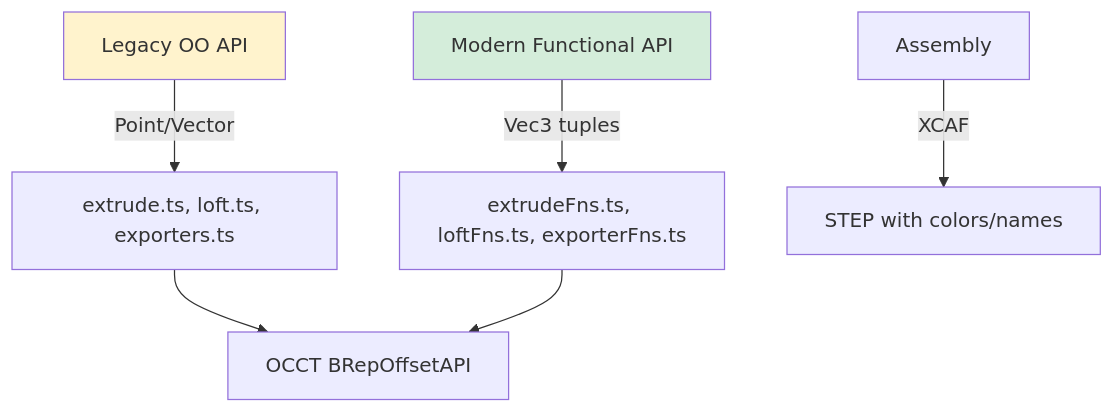
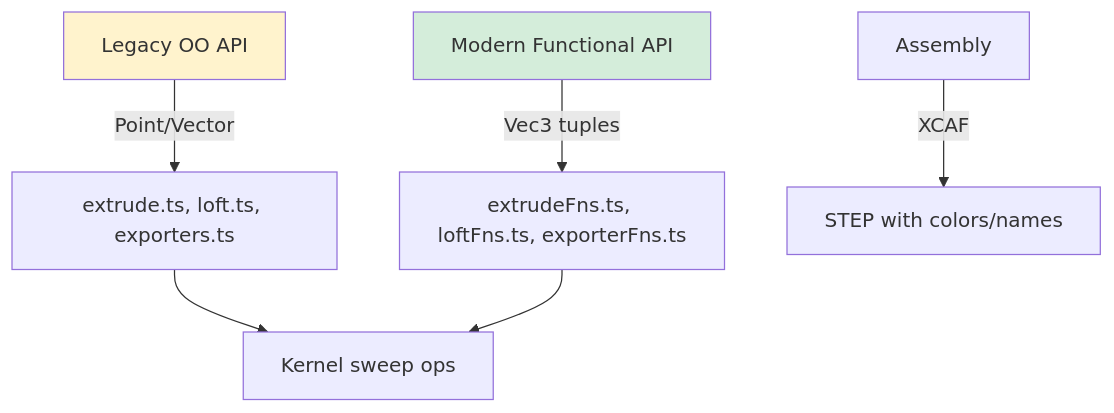
Before and after one commit to andymai/brepjs: the diagram in src/operations/README.md, drawn with Mermaid. The commit also changed other lines of this file and 52 other files, not shown here.

First line of the commit message:
refactor(kernel): complete kernel abstraction and remove OCCT coupling from docs

````diff
--- a/src/operations/README.md
+++ b/src/operations/README.md
@@ -5,11 +5,11 @@
 ```mermaid
 graph TD
     A[Legacy OO API] -->|Point/Vector| B[extrude.ts, loft.ts, exporters.ts]
     C[Modern Functional API] -->|Vec3 tuples| D[extrudeFns.ts, loftFns.ts, exporterFns.ts]
-    B --> E[OCCT BRepOffsetAPI]
+    B --> E[Kernel sweep ops]
     D --> E
     H[Assembly] -->|XCAF| I[STEP with colors/names]
 
     style A fill:#fff3cd
     style C fill:#d4edda
 ```
````
